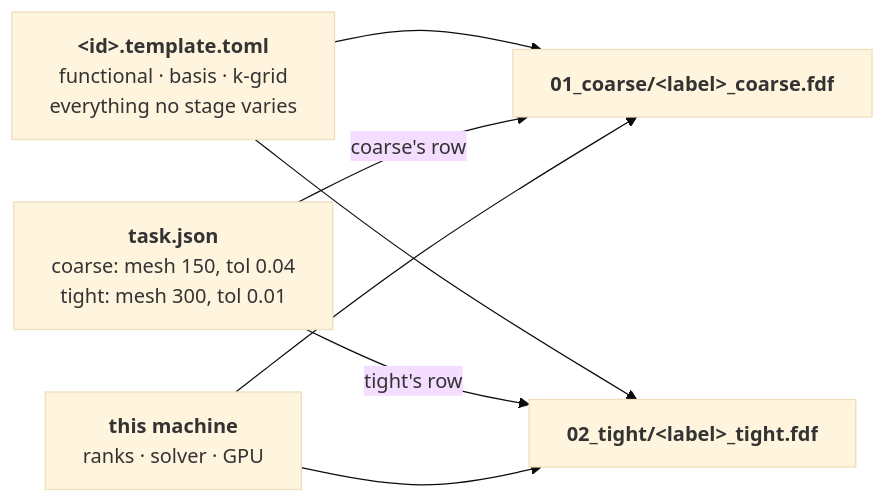
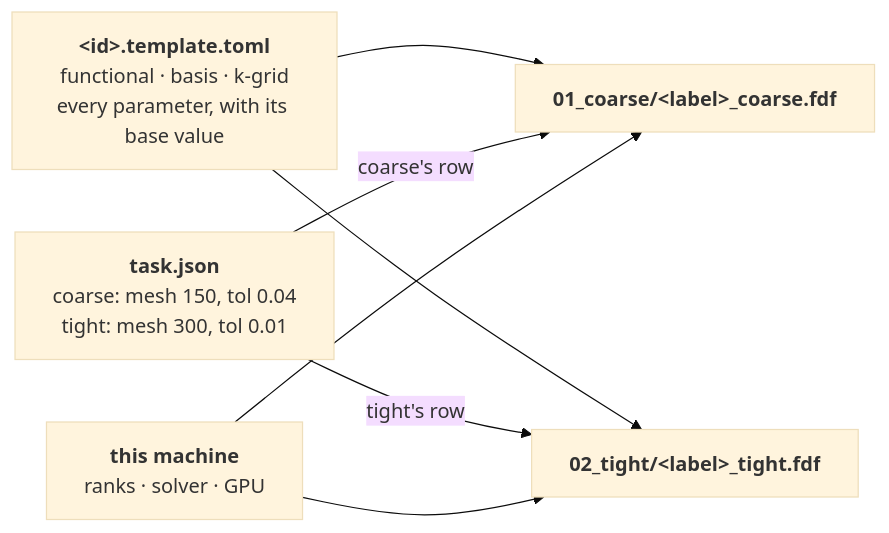
Before and after one commit to Qing-LAB/molbuilder: the diagram in docs/engines/stages.md, drawn with Mermaid (base theme). The commit also changed 10 other files, not shown here.

````diff
--- a/docs/engines/stages.md
+++ b/docs/engines/stages.md
@@ -1005,14 +1005,14 @@
 ```mermaid
 flowchart LR
-    T["<b>&lt;id&gt;.template.toml</b><br/>functional · basis · k-grid<br/>everything no stage varies"]
+    T["<b>&lt;id&gt;.template.toml</b><br/>functional · basis · k-grid<br/>every parameter, with its base value"]
     J["<b>task.json</b><br/>coarse: mesh 150, tol 0.04<br/>tight:  mesh 300, tol 0.01"]
     M["<b>this machine</b><br/>ranks · solver · GPU"]
     DC["<b>01_coarse/&lt;label&gt;_coarse.fdf</b>"]
     DT["<b>02_tight/&lt;label&gt;_tight.fdf</b>"]
     T --> DC
     T --> DT
     J -->|"coarse's row"| DC
     J -->|"tight's row"| DT
     M --> DC
     M --> DT
 ```
````
